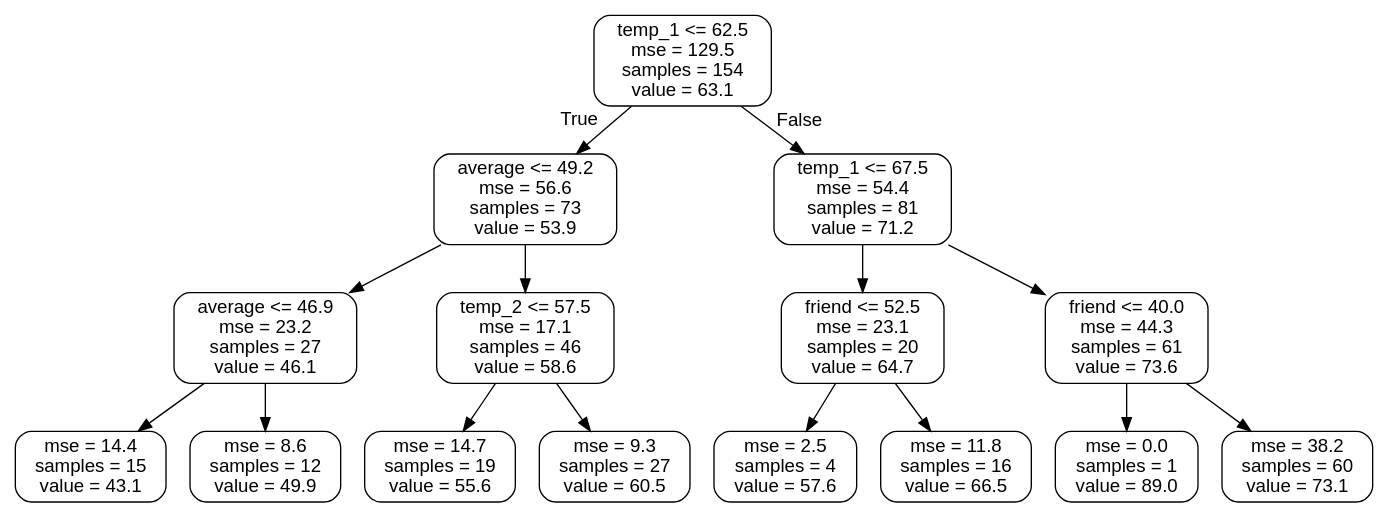
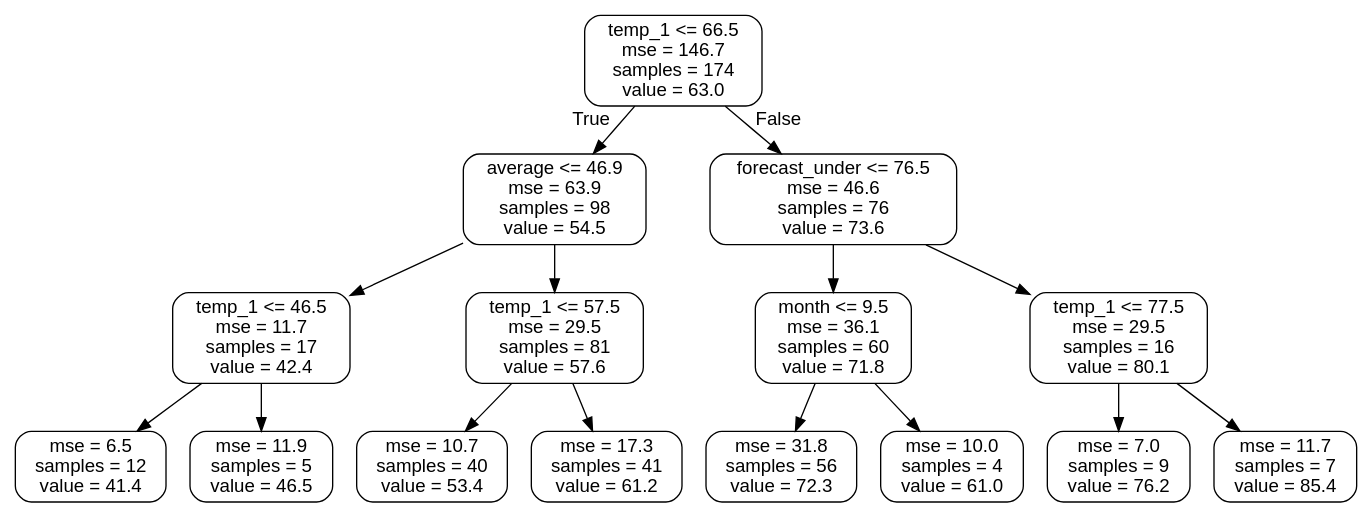
Before and after one commit to Clapiniella/data_science_jun_2020: the diagram in week9/day2/theory/small_tree.dot, drawn with Graphviz. The commit also changed 6 other files, not shown here.

```diff
--- a/week9/day2/theory/small_tree.dot
+++ b/week9/day2/theory/small_tree.dot
@@ -1,33 +1,33 @@
 digraph Tree {
 node [shape=box, style="rounded", color="black", fontname=helvetica] ;
 edge [fontname=helvetica] ;
-0 [label="temp_1 <= 62.5\nmse = 129.5\nsamples = 154\nvalue = 63.1"] ;
-1 [label="average <= 49.2\nmse = 56.6\nsamples = 73\nvalue = 53.9"] ;
+0 [label="temp_1 <= 66.5\nmse = 146.7\nsamples = 174\nvalue = 63.0"] ;
+1 [label="average <= 46.9\nmse = 63.9\nsamples = 98\nvalue = 54.5"] ;
 0 -> 1 [labeldistance=2.5, labelangle=45, headlabel="True"] ;
-2 [label="average <= 46.9\nmse = 23.2\nsamples = 27\nvalue = 46.1"] ;
+2 [label="temp_1 <= 46.5\nmse = 11.7\nsamples = 17\nvalue = 42.4"] ;
 1 -> 2 ;
-3 [label="mse = 14.4\nsamples = 15\nvalue = 43.1"] ;
+3 [label="mse = 6.5\nsamples = 12\nvalue = 41.4"] ;
 2 -> 3 ;
-4 [label="mse = 8.6\nsamples = 12\nvalue = 49.9"] ;
+4 [label="mse = 11.9\nsamples = 5\nvalue = 46.5"] ;
 2 -> 4 ;
-5 [label="temp_2 <= 57.5\nmse = 17.1\nsamples = 46\nvalue = 58.6"] ;
+5 [label="temp_1 <= 57.5\nmse = 29.5\nsamples = 81\nvalue = 57.6"] ;
 1 -> 5 ;
-6 [label="mse = 14.7\nsamples = 19\nvalue = 55.6"] ;
+6 [label="mse = 10.7\nsamples = 40\nvalue = 53.4"] ;
 5 -> 6 ;
-7 [label="mse = 9.3\nsamples = 27\nvalue = 60.5"] ;
+7 [label="mse = 17.3\nsamples = 41\nvalue = 61.2"] ;
 5 -> 7 ;
-8 [label="temp_1 <= 67.5\nmse = 54.4\nsamples = 81\nvalue = 71.2"] ;
+8 [label="forecast_under <= 76.5\nmse = 46.6\nsamples = 76\nvalue = 73.6"] ;
 0 -> 8 [labeldistance=2.5, labelangle=-45, headlabel="False"] ;
-9 [label="friend <= 52.5\nmse = 23.1\nsamples = 20\nvalue = 64.7"] ;
+9 [label="month <= 9.5\nmse = 36.1\nsamples = 60\nvalue = 71.8"] ;
 8 -> 9 ;
-10 [label="mse = 2.5\nsamples = 4\nvalue = 57.6"] ;
+10 [label="mse = 31.8\nsamples = 56\nvalue = 72.3"] ;
 9 -> 10 ;
-11 [label="mse = 11.8\nsamples = 16\nvalue = 66.5"] ;
+11 [label="mse = 10.0\nsamples = 4\nvalue = 61.0"] ;
 9 -> 11 ;
-12 [label="friend <= 40.0\nmse = 44.3\nsamples = 61\nvalue = 73.6"] ;
+12 [label="temp_1 <= 77.5\nmse = 29.5\nsamples = 16\nvalue = 80.1"] ;
 8 -> 12 ;
-13 [label="mse = 0.0\nsamples = 1\nvalue = 89.0"] ;
+13 [label="mse = 7.0\nsamples = 9\nvalue = 76.2"] ;
 12 -> 13 ;
-14 [label="mse = 38.2\nsamples = 60\nvalue = 73.1"] ;
+14 [label="mse = 11.7\nsamples = 7\nvalue = 85.4"] ;
 12 -> 14 ;
 }
```
